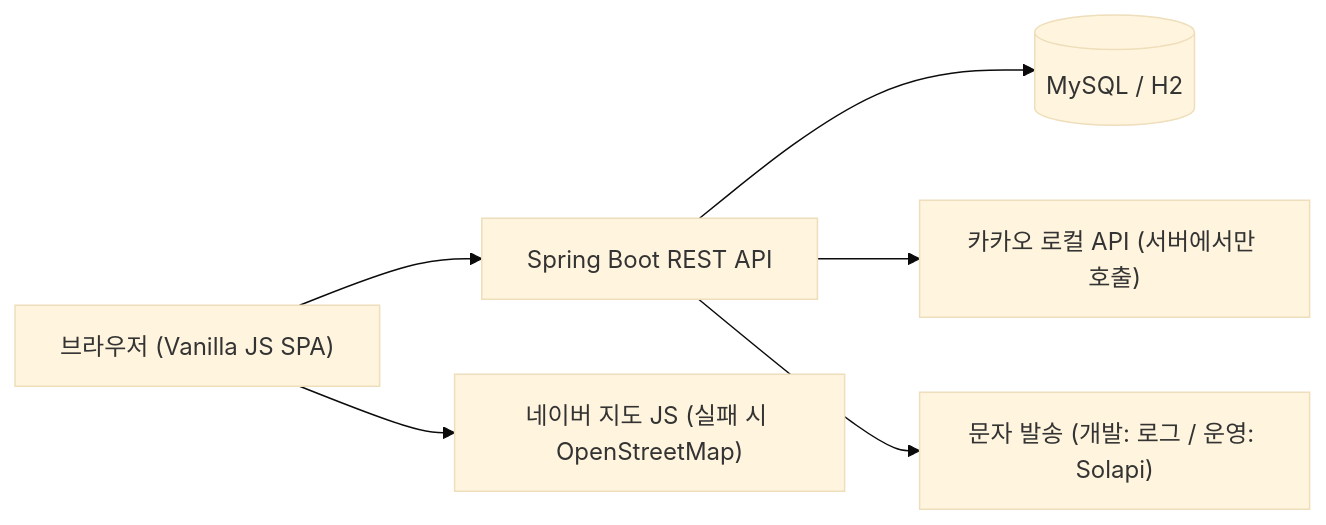
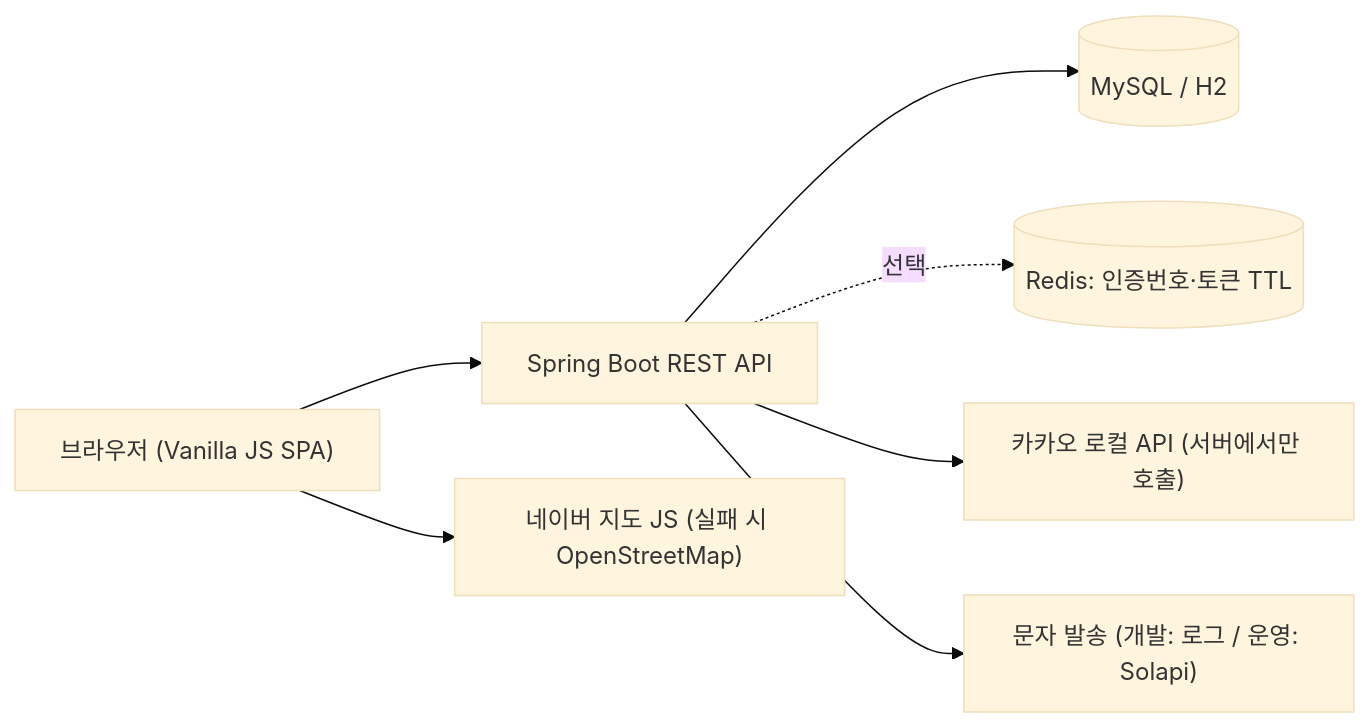
One commit to SeokBeom0709/wayalone changed the diagram in docs/PORTFOLIO.md. Above: the diagram before and after it, drawn with Mermaid (base theme). The commit also changed 2 other files, not shown here.

Commit message:
docs: restructure README for reviewers (summary, measured results, limits); ignore STS metadata

````diff
--- a/docs/PORTFOLIO.md
+++ b/docs/PORTFOLIO.md
@@ -48,8 +48,9 @@
 ```mermaid
 flowchart LR
     Browser["브라우저 (Vanilla JS SPA)"] --> API["Spring Boot REST API"]
     API --> DB[(MySQL / H2)]
+    API -.선택.-> Redis[(Redis: 인증번호·토큰 TTL)]
     API --> Kakao["카카오 로컬 API (서버에서만 호출)"]
     API --> SMS["문자 발송 (개발: 로그 / 운영: Solapi)"]
     Browser --> Naver["네이버 지도 JS (실패 시 OpenStreetMap)"]
 ```
````
